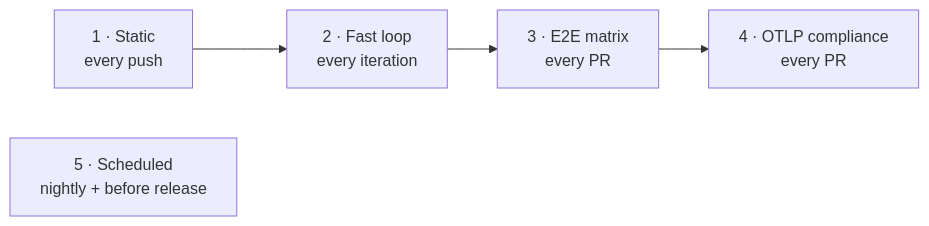
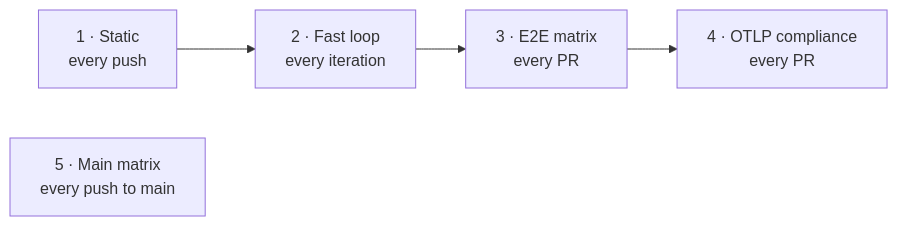
One commit to callstack/react-native-open-telemetry changed the fifth of 5 diagrams in docs/superpowers/specs/2026-11-10-rn-otel-design.md. Above: the diagram before and after it, drawn with Mermaid. The commit also changed other lines of this file and 9 other files, not shown here.

First line of the commit message:
ci!: the matrix runs on every push to main, on pinned versions only

````diff
--- a/docs/superpowers/specs/2026-11-10-rn-otel-design.md
+++ b/docs/superpowers/specs/2026-11-10-rn-otel-design.md
@@ -752,5 +752,5 @@
 ```mermaid
 flowchart LR
   s1["1 · Static<br/>every push"] --> s2["2 · Fast loop<br/>every iteration"] --> s3["3 · E2E matrix<br/>every PR"] --> s4["4 · OTLP compliance<br/>every PR"]
-  s5["5 · Scheduled<br/>nightly + before release"]
+  s5["5 · Main matrix<br/>every push to main"]
 ```
````
